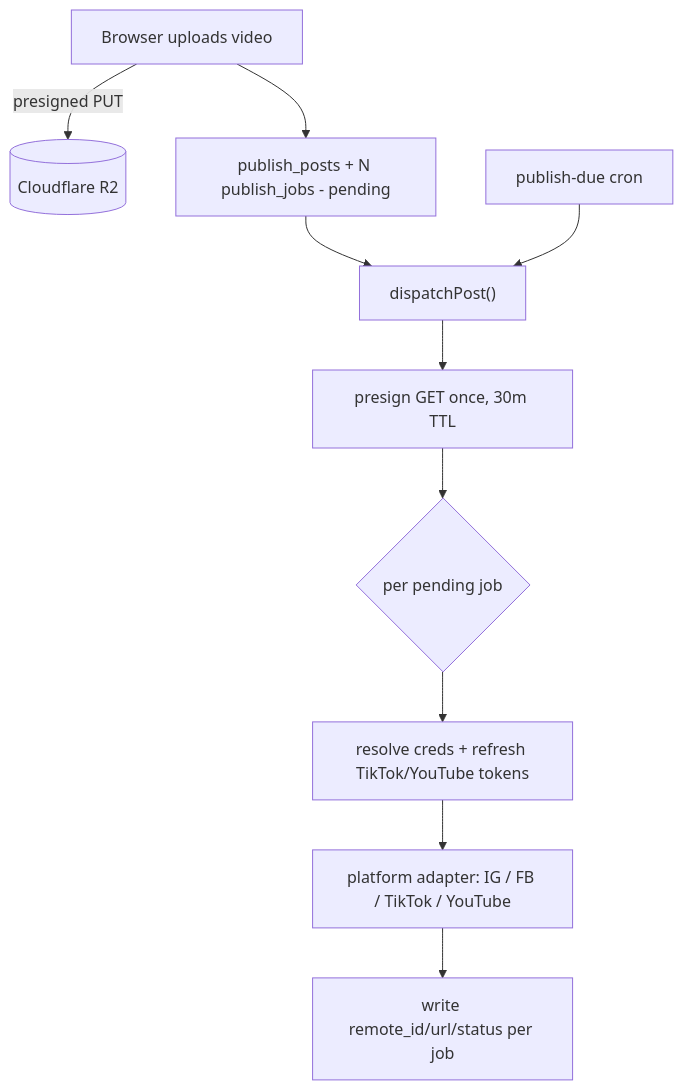
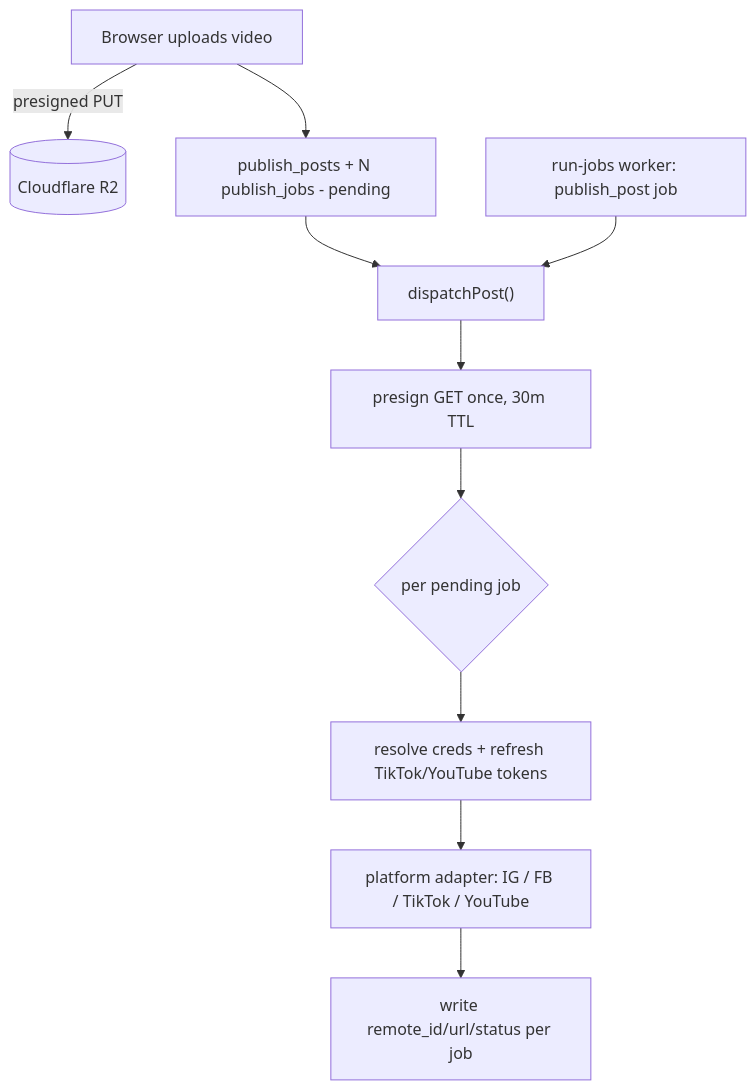
One commit to EngMajdSayedTaha/reelspy changed the ninth of 10 diagrams in docs/product/01-technical-documentation.md. Above: the diagram before and after it, drawn with Mermaid. The commit also changed other lines of this file and 19 other files, not shown here.

First line of the commit message:
V4 (H1): durable job queue for publish/transcribe/digest

````diff
--- a/docs/product/01-technical-documentation.md
+++ b/docs/product/01-technical-documentation.md
@@ -337,12 +337,12 @@
 ```mermaid
 flowchart TB
     UP[Browser uploads video] -->|presigned PUT| R2[(Cloudflare R2)]
     UP --> POST[publish_posts + N publish_jobs - pending]
     POST --> DISP["dispatchPost()"]
     DISP --> SIGN[presign GET once, 30m TTL]
     SIGN --> LOOP{per pending job}
     LOOP --> CRED[resolve creds + refresh TikTok/YouTube tokens]
     CRED --> AD[platform adapter: IG / FB / TikTok / YouTube]
     AD --> WB[write remote_id/url/status per job]
-    CRON[publish-due cron] --> DISP
+    CRON[run-jobs worker: publish_post job] --> DISP
 ```
````
